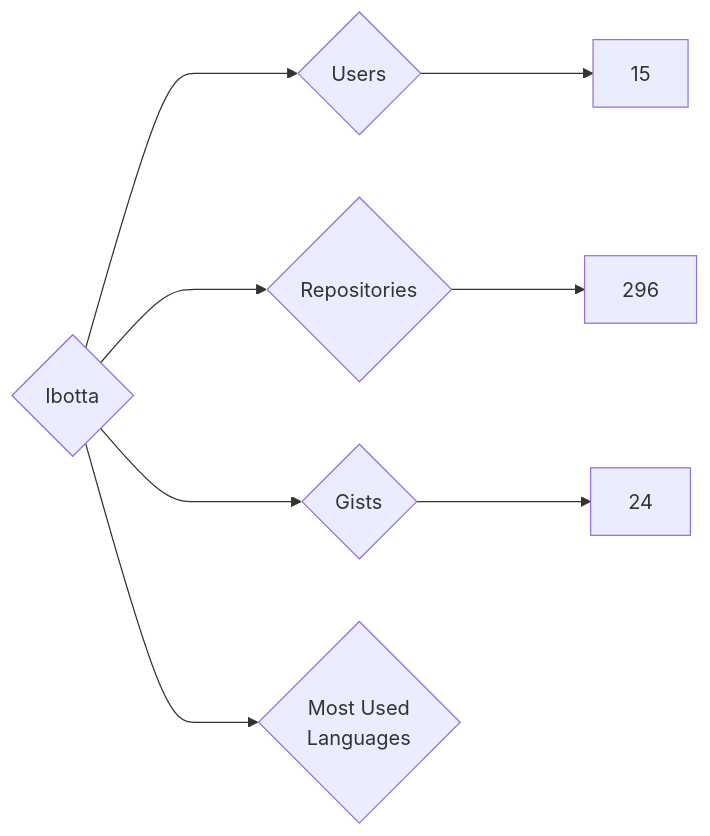
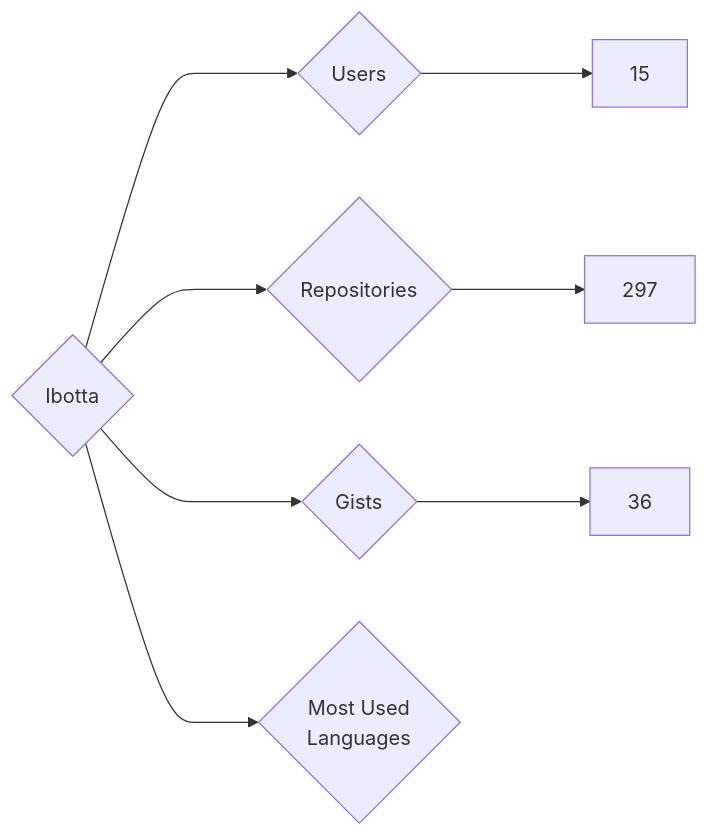
The diagram in targets/Ibotta/README.md (nenadzaric/insiders), drawn with Mermaid before and after one commit. The commit also changed 1342 other files, not shown here.

````diff
--- a/targets/Ibotta/README.md
+++ b/targets/Ibotta/README.md
@@ -3,8 +3,8 @@
 ```mermaid
 graph LR
 COMPANY_NAME{Ibotta}
 COMPANY_NAME ---> U{Users} ---> UN[15]
-COMPANY_NAME ---> R{Repositories} ---> RN[296]
-COMPANY_NAME ---> G{Gists} ---> GN[24]
+COMPANY_NAME ---> R{Repositories} ---> RN[297]
+COMPANY_NAME ---> G{Gists} ---> GN[36]
 COMPANY_NAME ---> ML{Most Used<br>Languages}
 ```
````
